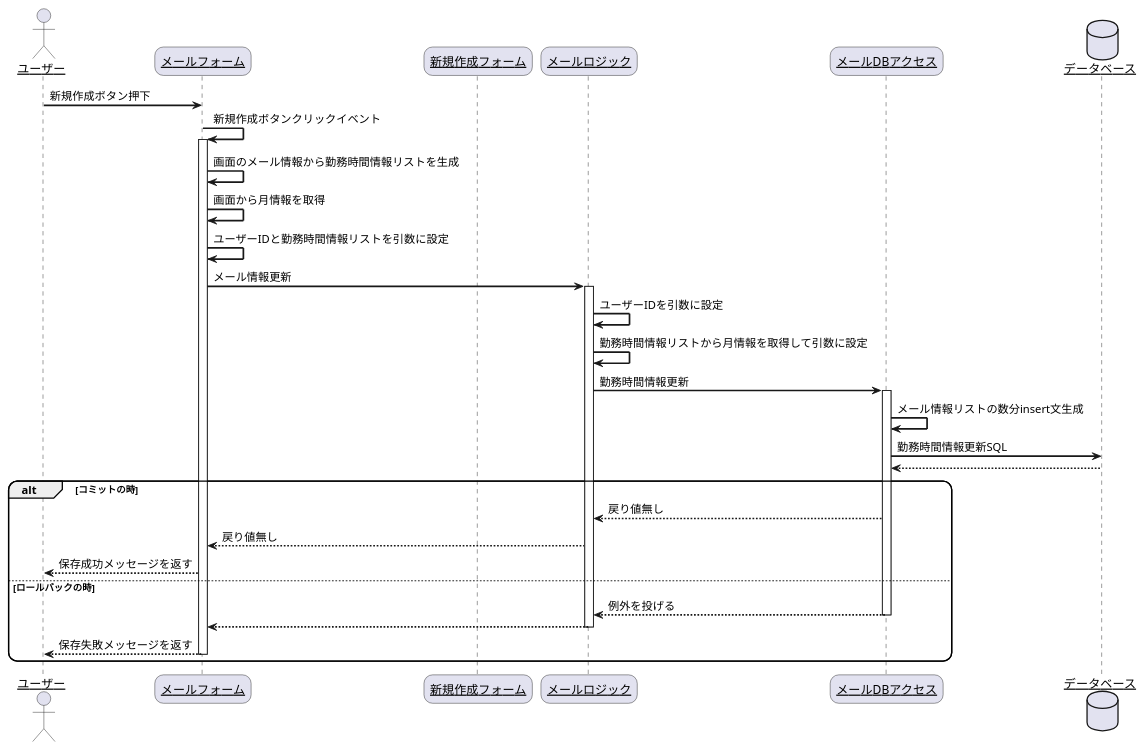
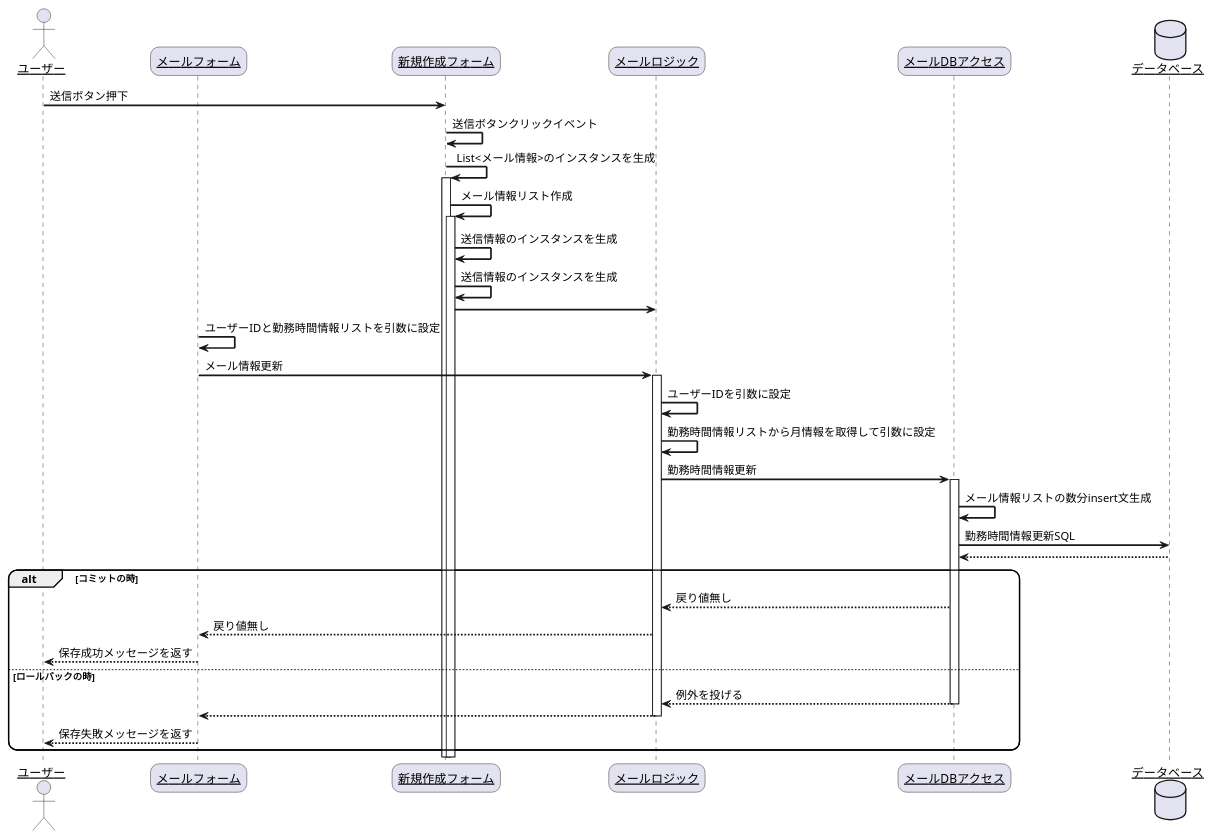
One commit to R-SAIKI/practiceUML changed the diagram in シーケンス図/メール/メール_送信.pu. Above: the diagram before and after it, drawn with PlantUML. The commit also changed 9 other files, not shown here.

```diff
--- a/シーケンス図/メール/メール_送信.pu
+++ b/シーケンス図/メール/メール_送信.pu
@@ -1,42 +1,46 @@
 @startuml
 skinparam sequenceArrowThickness 2
 skinparam roundcorner 20
 skinparam maxmessagesize 60
 skinparam sequenceParticipant underline
 
 actor "ユーザー" as user
 participant "メールフォーム" as mail_form
 participant "新規作成フォーム" as mail_create_form
 participant "メールロジック" as mail_logic
 participant "メールDBアクセス" as mail_data_acces
 database "データベース" as db
 
-user -> mail_form: 新規作成ボタン押下
-mail_form -> mail_form: 新規作成ボタンクリックイベント
-activate mail_form
-mail_form -> mail_form: 画面のメール情報から勤務時間情報リストを生成
-mail_form -> mail_form: 画面から月情報を取得
+user -> mail_create_form: 送信ボタン押下
+mail_create_form -> mail_create_form: 送信ボタンクリックイベント
+mail_create_form -> mail_create_form: List<メール情報>のインスタンスを生成
+activate mail_create_form
+mail_create_form -> mail_create_form: メール情報リスト作成
+activate mail_create_form
+mail_create_form -> mail_create_form: 送信情報のインスタンスを生成
+mail_create_form -> mail_create_form: 送信情報のインスタンスを生成
+mail_create_form -> mail_logic: 
 mail_form -> mail_form: ユーザーIDと勤務時間情報リストを引数に設定
 mail_form -> mail_logic: メール情報更新
 activate mail_logic
 mail_logic -> mail_logic: ユーザーIDを引数に設定
 mail_logic -> mail_logic: 勤務時間情報リストから月情報を取得して引数に設定
 mail_logic -> mail_data_acces: 勤務時間情報更新
 activate mail_data_acces
 mail_data_acces -> mail_data_acces: メール情報リストの数分insert文生成
 mail_data_acces -> db: 勤務時間情報更新SQL
 db --> mail_data_acces:
 alt コミットの時
     mail_data_acces --> mail_logic: 戻り値無し
     mail_logic --> mail_form: 戻り値無し
     mail_form --> user:保存成功メッセージを返す
 else ロールバックの時
     mail_data_acces --> mail_logic: 例外を投げる
     deactivate mail_data_acces
     mail_logic --> mail_form: 
     deactivate mail_logic
     mail_form --> user:保存失敗メッセージを返す
     deactivate mail_form
 end
 
 @enduml
```
